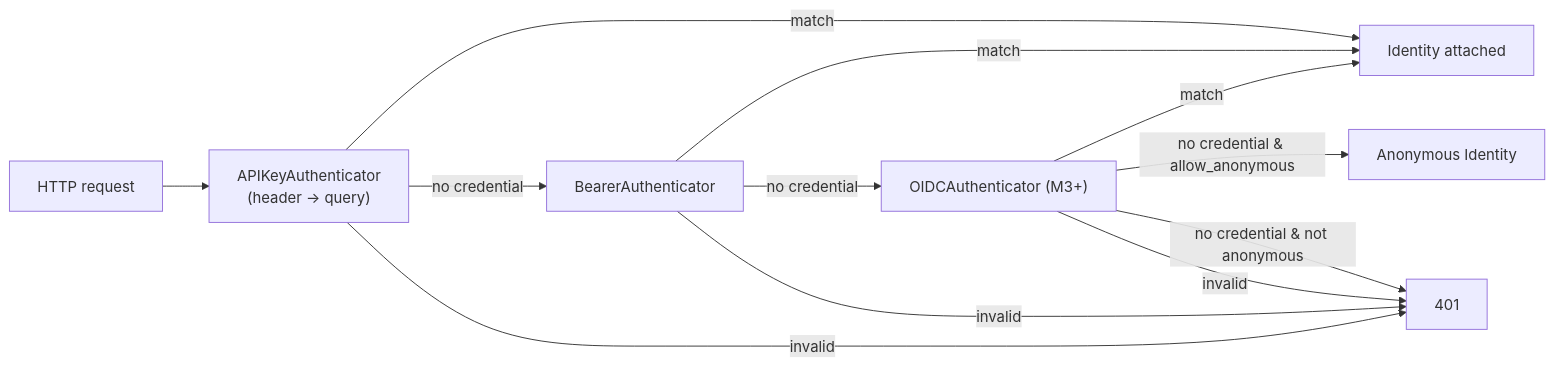
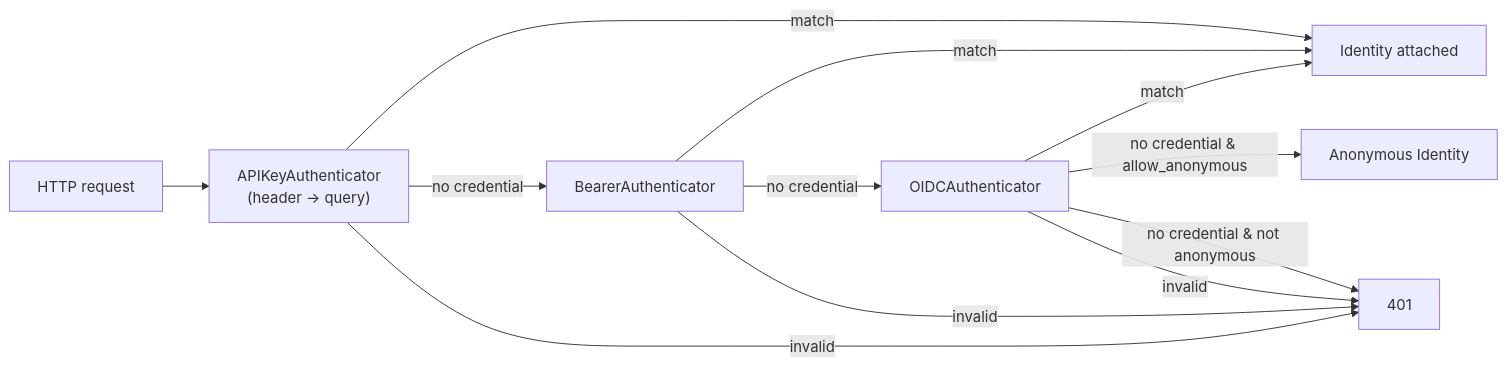
One commit to plexara/api-test changed the second of 4 diagrams in docs/reference/architecture.md. Above: the diagram before and after it, drawn with Mermaid. The commit also changed other lines of this file and 18 other files, not shown here.

````diff
--- a/docs/reference/architecture.md
+++ b/docs/reference/architecture.md
@@ -100,15 +100,15 @@
 ```mermaid
 flowchart LR
     Req["HTTP request"] --> APIKey["APIKeyAuthenticator<br/>(header → query)"]
     APIKey -->|match| Identity["Identity attached"]
     APIKey -->|no credential| Bearer["BearerAuthenticator"]
     Bearer -->|match| Identity
-    Bearer -->|no credential| OIDC["OIDCAuthenticator (M3+)"]
+    Bearer -->|no credential| OIDC["OIDCAuthenticator"]
     OIDC -->|match| Identity
     OIDC -->|no credential & allow_anonymous| Anon["Anonymous Identity"]
     OIDC -->|no credential & not anonymous| Reject["401"]
 
     APIKey -->|invalid| Reject
     Bearer -->|invalid| Reject
     OIDC -->|invalid| Reject
 ```
````
